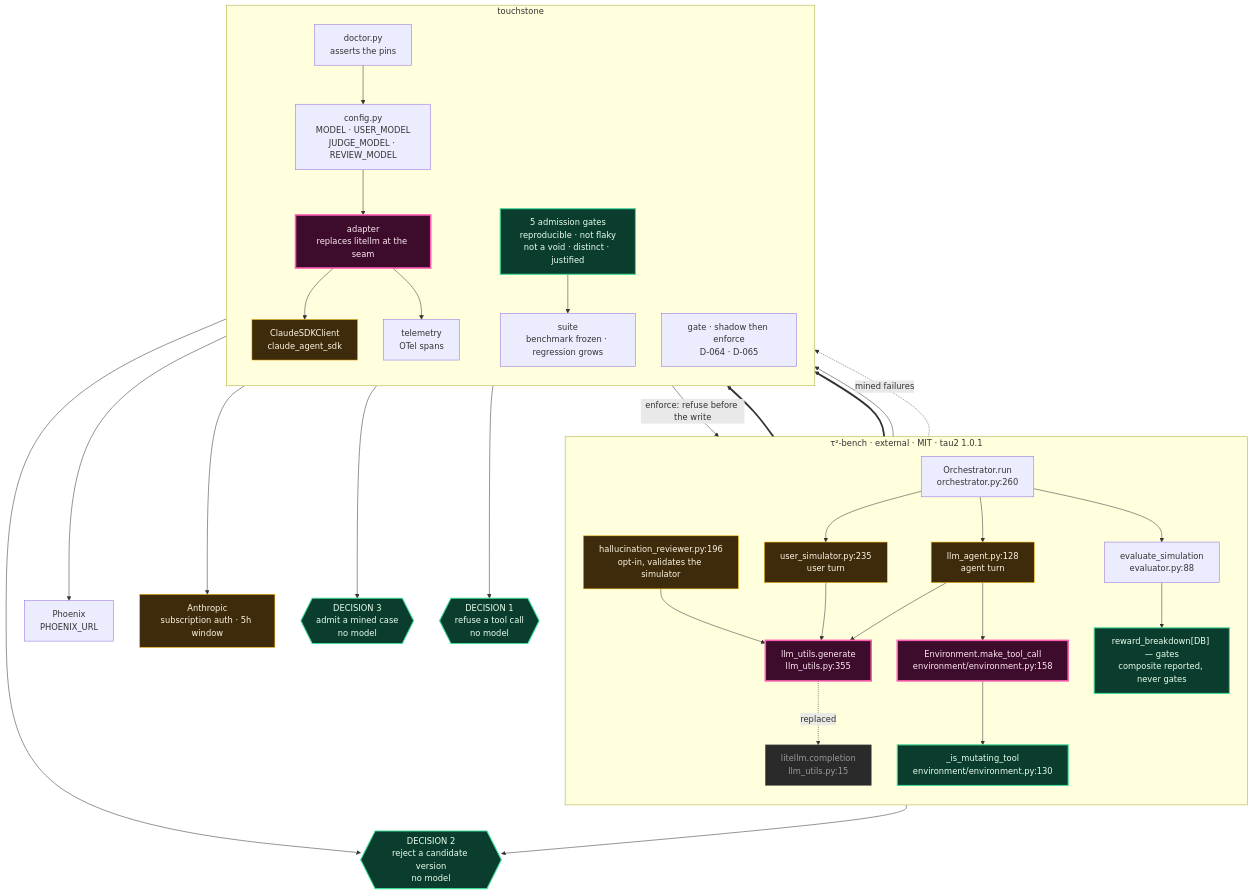
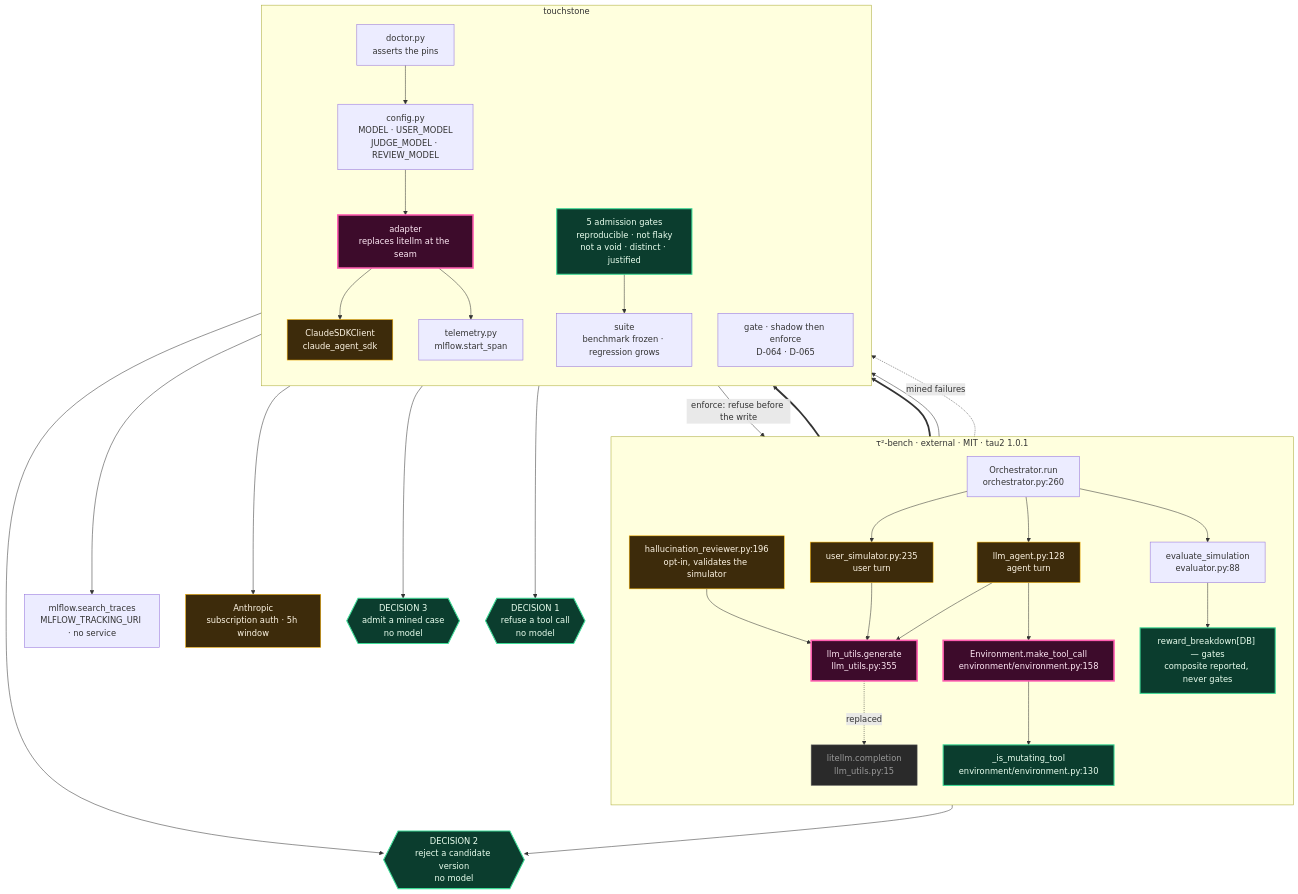
Before and after one commit to sandeepyadav1478/touchstone: the diagram in diagrams/phase1.mmd, drawn with Mermaid. The commit also changed 10 other files, not shown here.

```diff
--- a/diagrams/phase1.mmd
+++ b/diagrams/phase1.mmd
@@ -1,76 +1,76 @@
 %% touchstone phase 1 — the adapter, the enforcement point, and the three decisions
 %% Every node names a real symbol: touchstone, or tau2-bench — tau2 1.0.1 (MIT). D-068.
 flowchart TB
 
   subgraph TAU2["τ²-bench · external · MIT · tau2 1.0.1"]
     direction TB
     RUN["Orchestrator.run<br/>orchestrator.py:260"]
     AGENT["llm_agent.py:128<br/>agent turn"]
     USER["user_simulator.py:235<br/>user turn"]
     REVIEW["hallucination_reviewer.py:196<br/>opt-in, validates the simulator"]
     GEN["llm_utils.generate<br/>llm_utils.py:355"]
     LITE["litellm.completion<br/>llm_utils.py:15"]
     ENVC["Environment.make_tool_call<br/>environment/environment.py:158"]
     MUT["_is_mutating_tool<br/>environment/environment.py:130"]
     EVAL["evaluate_simulation<br/>evaluator.py:88"]
     REW["reward_breakdown[DB] — gates<br/>composite reported, never gates"]
   end
 
   subgraph TS["touchstone"]
     direction TB
     ADP["adapter<br/>replaces litellm at the seam"]
     SDK["ClaudeSDKClient<br/>claude_agent_sdk"]
     CFG["config.py<br/>MODEL · USER_MODEL<br/>JUDGE_MODEL · REVIEW_MODEL"]
     GATE["gate · shadow then enforce<br/>D-064 · D-065"]
-    TEL["telemetry<br/>OTel spans"]
+    TEL["telemetry.py<br/>mlflow.start_span"]
     SUITE["suite<br/>benchmark frozen · regression grows"]
     ADMIT["5 admission gates<br/>reproducible · not flaky<br/>not a void · distinct · justified"]
     DOC["doctor.py<br/>asserts the pins"]
   end
 
-  PHX["Phoenix<br/>PHOENIX_URL"]
+  MLF["mlflow.search_traces<br/>MLFLOW_TRACKING_URI · no service"]
   ANTH["Anthropic<br/>subscription auth · 5h window"]
 
   RUN --> AGENT
   RUN --> USER
   AGENT --> GEN
   USER --> GEN
   REVIEW --> GEN
 
   GEN -. "replaced" .-> LITE
   GEN ==> ADP
   ADP --> SDK --> ANTH
   CFG --> ADP
   DOC --> CFG
 
   AGENT --> ENVC
   ENVC --> MUT
   ENVC ==> GATE
   GATE -- "enforce: refuse before the write" --> ENVC
 
   RUN --> EVAL --> REW
 
   ADP --> TEL
   ENVC --> TEL
-  TEL --> PHX
+  TEL --> MLF
 
   REW --> D2
   ADMIT --> D3
   GATE --> D1
   EVAL -. "mined failures" .-> ADMIT
   ADMIT --> SUITE
   SUITE --> D2
 
   D1{{"DECISION 1<br/>refuse a tool call<br/>no model"}}
   D2{{"DECISION 2<br/>reject a candidate version<br/>no model"}}
   D3{{"DECISION 3<br/>admit a mined case<br/>no model"}}
 
   classDef nomodel fill:#0b3d2e,stroke:#3ddc97,color:#eaffef,stroke-width:2px
   classDef model fill:#3d2b0b,stroke:#ffb703,color:#fff6e5
   classDef seam fill:#3d0b2b,stroke:#ff5db1,color:#ffe9f5,stroke-width:3px
   classDef dead fill:#2a2a2a,stroke:#666,color:#999
 
   class D1,D2,D3,REW,ADMIT,MUT nomodel
   class AGENT,USER,REVIEW,SDK,ANTH model
   class GEN,ADP,ENVC seam
   class LITE dead
```
